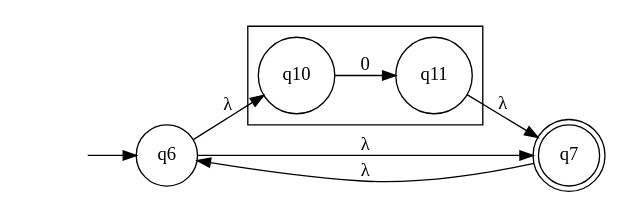
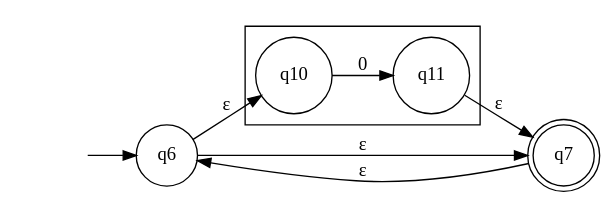
One commit to luizedsilva/Livro-LTC changed the diagram in chapters/images/ilustra-dot/afn-zero-estrela.dot. Above: the diagram before and after it, drawn with Graphviz. The commit also changed 126 other files, not shown here.

```diff
--- a/chapters/images/ilustra-dot/afn-zero-estrela.dot
+++ b/chapters/images/ilustra-dot/afn-zero-estrela.dot
@@ -1,14 +1,14 @@
 digraph automato_zeroestrela {
    rankdir=LR;
    inicio [shape = none; label = ""];
    node [shape = doublecircle]; q7;
    node [shape = circle];
     inicio->q6;
-    q6 -> q7 [ label = "&#955;" ]
-    q6 -> q10 [ label = "&#955;" ] 
+    q6 -> q7 [ label = "ε" ]
+    q6 -> q10 [ label = "ε" ] 
     subgraph cluster_0 {
       q10 -> q11 [ label = "0" ];
     }
-    q11 -> q7 [ label = "&#955;" ];
-    q7 -> q6 [ label = "&#955;" ];
+    q11 -> q7 [ label = "ε" ];
+    q7 -> q6 [ label = "ε" ];
 }
```
